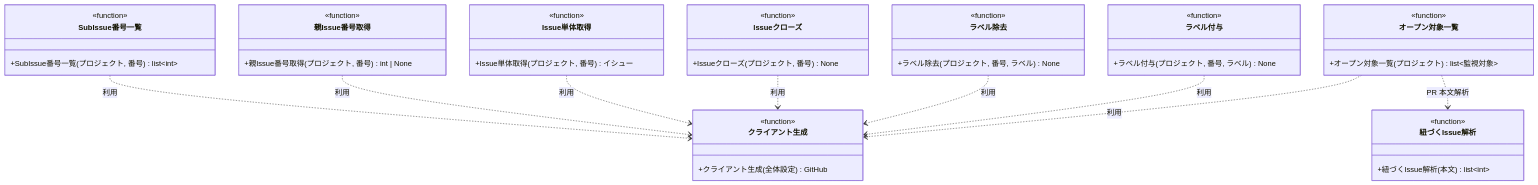
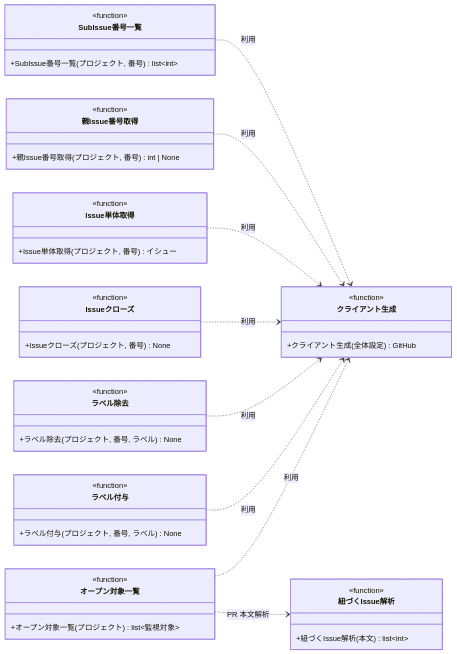
Before and after one commit to shuhei1101/ai-monitor: the diagram in docs/wiki/設計図/モジュール構成/モニター/GitHub連携.py.md, drawn with Mermaid. The commit also changed 162 other files, not shown here.

````diff
--- a/docs/wiki/設計図/モジュール構成/モニター/GitHub連携.py.md
+++ b/docs/wiki/設計図/モジュール構成/モニター/GitHub連携.py.md
@@ -36,58 +36,59 @@
 ```mermaid
 classDiagram
+  direction LR
   オープン対象一覧 ..> クライアント生成 : 利用
   オープン対象一覧 ..> 紐づくIssue解析 : PR 本文解析
   ラベル付与 ..> クライアント生成 : 利用
   ラベル除去 ..> クライアント生成 : 利用
   Issueクローズ ..> クライアント生成 : 利用
   Issue単体取得 ..> クライアント生成 : 利用
   親Issue番号取得 ..> クライアント生成 : 利用
   SubIssue番号一覧 ..> クライアント生成 : 利用
 
   class クライアント生成 {
     <<function>>
     +クライアント生成(全体設定) GitHub
   }
   class オープン対象一覧 {
     <<function>>
     +オープン対象一覧(プロジェクト) list~監視対象~
   }
   class 紐づくIssue解析 {
     <<function>>
     +紐づくIssue解析(本文) list~int~
   }
   class ラベル付与 {
     <<function>>
     +ラベル付与(プロジェクト, 番号, ラベル) None
   }
   class ラベル除去 {
     <<function>>
     +ラベル除去(プロジェクト, 番号, ラベル) None
   }
   class Issueクローズ {
     <<function>>
     +Issueクローズ(プロジェクト, 番号) None
   }
   class Issue単体取得 {
     <<function>>
     +Issue単体取得(プロジェクト, 番号) イシュー
   }
   class 親Issue番号取得 {
     <<function>>
     +親Issue番号取得(プロジェクト, 番号) int | None
   }
   class SubIssue番号一覧 {
     <<function>>
     +SubIssue番号一覧(プロジェクト, 番号) list~int~
   }
 
   click クライアント生成 href "#クライアント生成"
   click オープン対象一覧 href "#オープン対象一覧"
   click 紐づくIssue解析 href "#紐づく-issue-解析"
   click ラベル付与 href "#ラベル付与"
   click ラベル除去 href "#ラベル除去"
   click Issueクローズ href "#issue-クローズ"
   click Issue単体取得 href "#issue-単体取得"
   click 親Issue番号取得 href "#親-issue-番号取得"
   click SubIssue番号一覧 href "#sub-issue-番号一覧"
 ```
````
